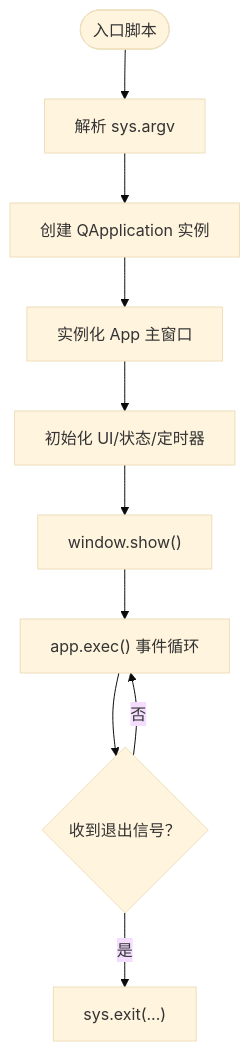
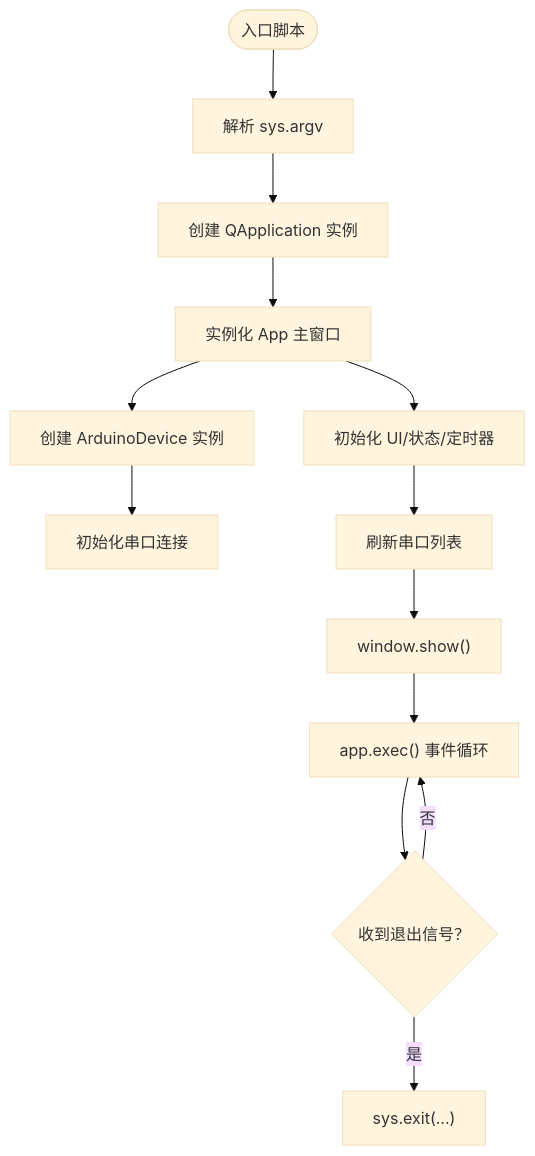
Before and after one commit to Hankun-P/wireless-keyboard-toy: the third of 5 diagrams in .qoder/repowiki/zh/content/桌面应用架构/应用程序入口.md, drawn with Mermaid (base theme). The commit also changed other lines of this file and 11 other files, not shown here.

````diff
--- a/.qoder/repowiki/zh/content/桌面应用架构/应用程序入口.md
+++ b/.qoder/repowiki/zh/content/桌面应用架构/应用程序入口.md
@@ -102,12 +116,15 @@
 ```mermaid
 flowchart TD
 Start(["入口脚本"]) --> ParseArgs["解析 sys.argv"]
 ParseArgs --> CreateApp["创建 QApplication 实例"]
 CreateApp --> InitWindow["实例化 App 主窗口"]
+InitWindow --> CreateDevice["创建 ArduinoDevice 实例"]
+CreateDevice --> InitSerial["初始化串口连接"]
 InitWindow --> SetupUI["初始化 UI/状态/定时器"]
-SetupUI --> Show["window.show()"]
+SetupUI --> RefreshPorts["刷新串口列表"]
+RefreshPorts --> Show["window.show()"]
 Show --> Exec["app.exec() 事件循环"]
 Exec --> Exit{"收到退出信号？"}
 Exit --> |是| SysExit["sys.exit(...)"]
 Exit --> |否| Exec
 ```
````
